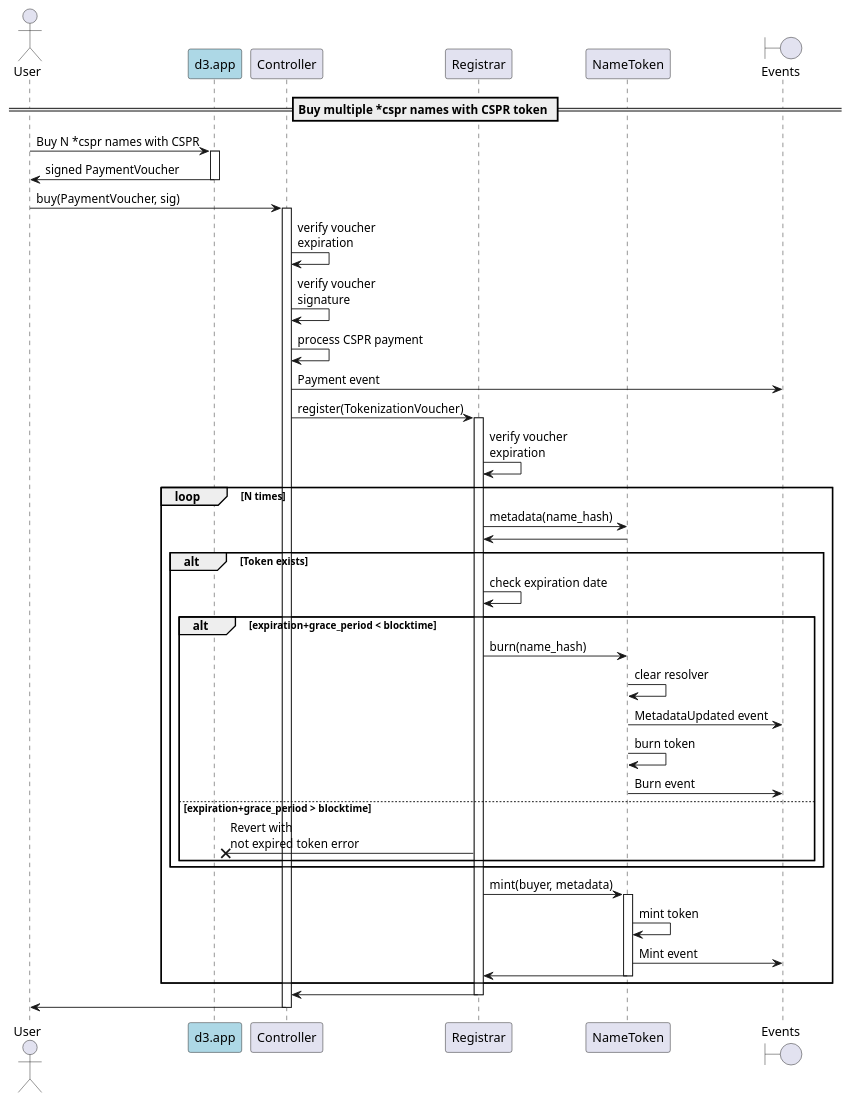
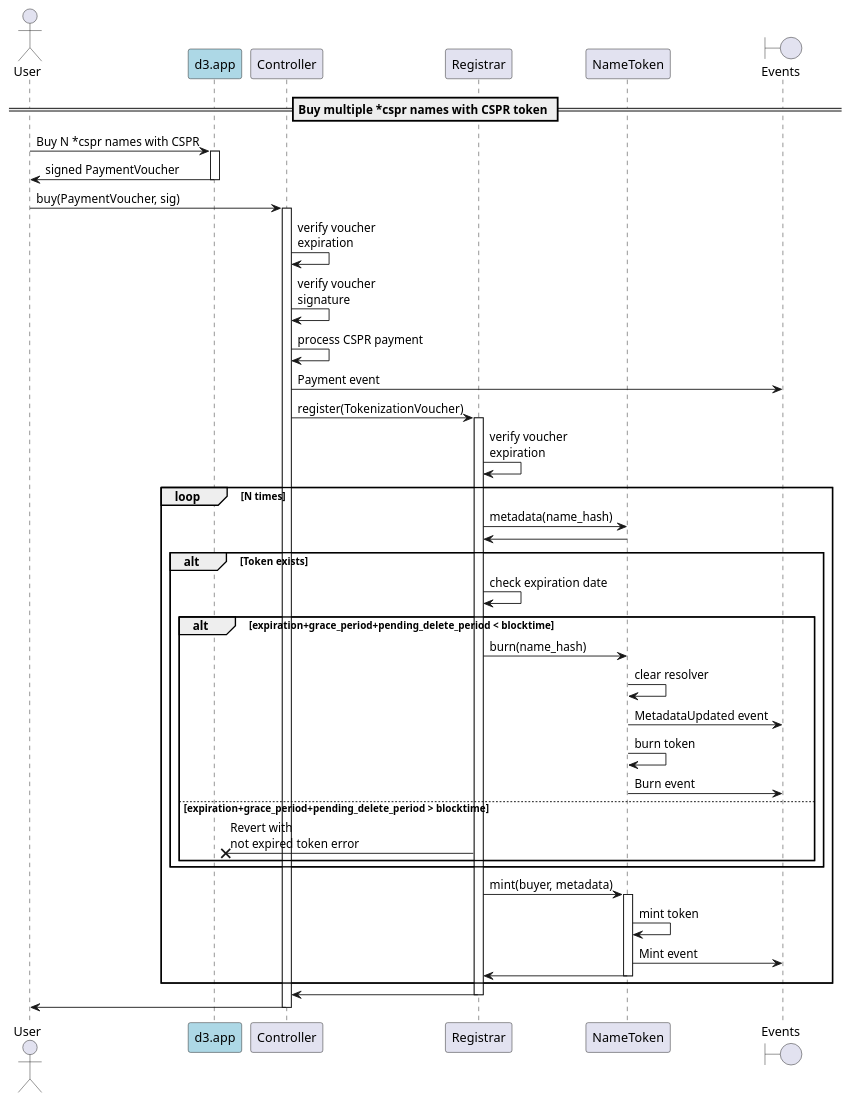
Before and after one commit to make-software/cspr-name-contracts: the diagram in docs/sequence-diagrams/puml/onchain-multiple-purchase.puml, drawn with PlantUML. The commit also changed 8 other files, not shown here.

Commit message:
Changes to buy cspr name: - removed single domain purchase flows (keep multiple domain purchase flow) - added pending_delete_period check previous to burn action

```diff
--- a/docs/sequence-diagrams/puml/onchain-multiple-purchase.puml
+++ b/docs/sequence-diagrams/puml/onchain-multiple-purchase.puml
@@ -1,55 +1,55 @@
 @startuml
 'https://plantuml.com/sequence-diagram
 
 'autonumber
 actor User
 participant "d3.app" as d3 #lightblue
 participant "Controller"
 participant "Registrar"
 participant "NameToken"
 boundary "Events"
 
 == Buy multiple *cspr names with CSPR token ==
 
 User -> d3: Buy N *cspr names with CSPR
 activate d3
 d3 -> User: signed PaymentVoucher
 deactivate d3
 
 User -> Controller: buy(PaymentVoucher, sig)
 activate Controller
 Controller -> Controller: verify voucher\nexpiration
 Controller -> Controller: verify voucher\nsignature
 Controller -> Controller: process CSPR payment
 Controller -> "Events": Payment event
 Controller -> Registrar: register(TokenizationVoucher)
 activate Registrar
 Registrar -> Registrar: verify voucher\nexpiration
     loop N times
         Registrar -> NameToken: metadata(name_hash)
         NameToken -> Registrar
         alt Token exists
             Registrar -> Registrar: check expiration date
-            alt expiration+grace_period < blocktime
+            alt expiration+grace_period+pending_delete_period < blocktime
                 Registrar -> NameToken: burn(name_hash)
                 NameToken -> NameToken: clear resolver
                 NameToken -> "Events": MetadataUpdated event
                 NameToken -> NameToken: burn token
                 NameToken -> "Events": Burn event
-            else expiration+grace_period > blocktime
+            else expiration+grace_period+pending_delete_period > blocktime
                 Registrar ->x d3: Revert with\nnot expired token error
             end
         end
         Registrar -> NameToken: mint(buyer, metadata)
         activate NameToken
         NameToken -> NameToken: mint token
         NameToken -> "Events": Mint event
         NameToken -> Registrar
         deactivate NameToken
     end loop
 Registrar -> Controller
 deactivate Registrar
 Controller -> User
 deactivate Controller
 
 @enduml
```
